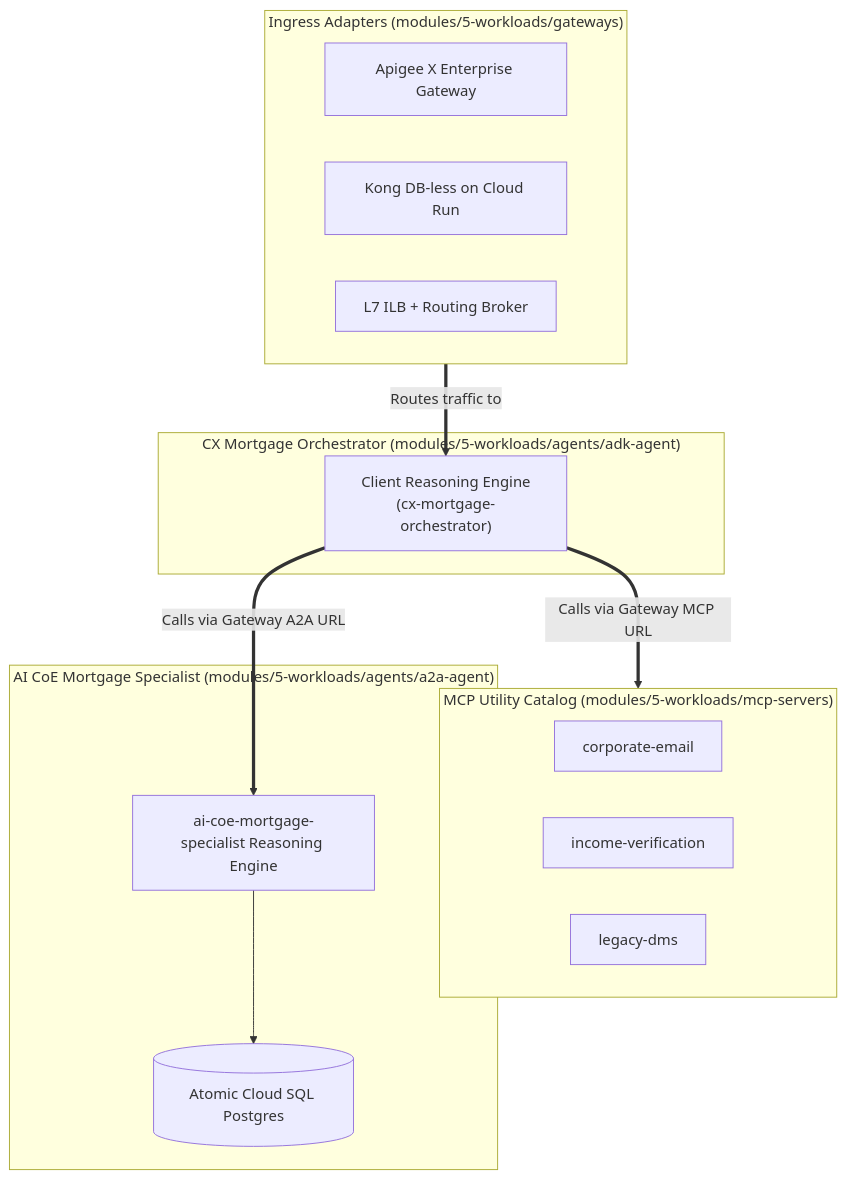
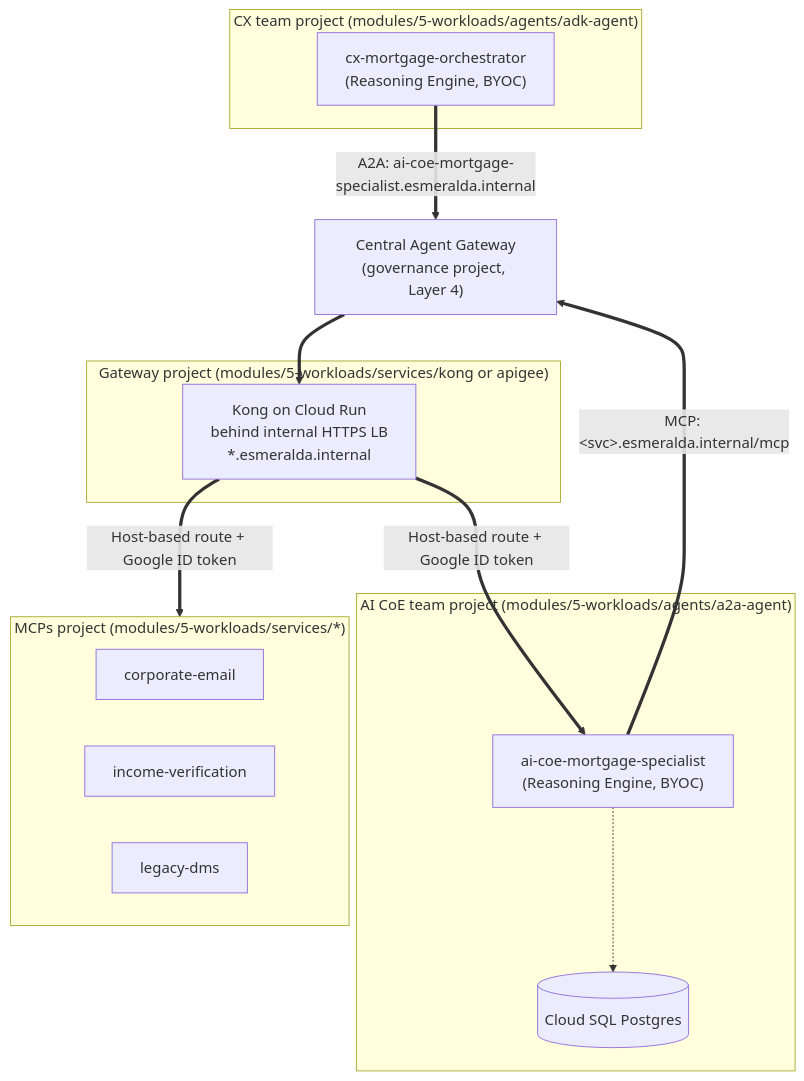
One commit to google/esmeralda changed the diagram in docs/2-workloads-and-catalog/README.md. Above: the diagram before and after it, drawn with Mermaid. The commit also changed other lines of this file and 15 other files, not shown here.

First line of the commit message:
docs: revise all docs for team-based names and current architecture

````diff
--- a/docs/2-workloads-and-catalog/README.md
+++ b/docs/2-workloads-and-catalog/README.md
@@ -37,28 +60,30 @@
 ```mermaid
 flowchart TB
-    subgraph Gateways["Ingress Adapters (modules/5-workloads/gateways)"]
-        G1["Apigee X Enterprise Gateway"]
-        G2["Kong DB-less on Cloud Run"]
-        G3["L7 ILB + Routing Broker"]
+    subgraph CX["CX team project (modules/5-workloads/agents/adk-agent)"]
+        Orch["cx-mortgage-orchestrator<br/>(Reasoning Engine, BYOC)"]
     end
 
-    subgraph Orchestrator["CX Mortgage Orchestrator (modules/5-workloads/agents/adk-agent)"]
-        Root["Client Reasoning Engine<br/>(cx-mortgage-orchestrator)"]
+    AGW["Central Agent Gateway<br/>(governance project, Layer 4)"]
+
+    subgraph Gateway["Gateway project (modules/5-workloads/services/kong or apigee)"]
+        Kong["Kong on Cloud Run<br/>behind internal HTTPS LB<br/>*.esmeralda.internal"]
     end
 
-    subgraph MCPServers["MCP Utility Catalog (modules/5-workloads/mcp-servers)"]
+    subgraph CoE["AI CoE team project (modules/5-workloads/agents/a2a-agent)"]
+        Spec["ai-coe-mortgage-specialist<br/>(Reasoning Engine, BYOC)"]
+        DB[(Cloud SQL Postgres)]
+        Spec -.-> DB
+    end
+
+    subgraph MCPServers["MCPs project (modules/5-workloads/services/*)"]
         M1["corporate-email"]
         M2["income-verification"]
         M3["legacy-dms"]
     end
 
-    subgraph Downstream["AI CoE Mortgage Specialist (modules/5-workloads/agents/a2a-agent)"]
-        A2A["ai-coe-mortgage-specialist Reasoning Engine"]
-        DB[(Atomic Cloud SQL Postgres)]
-        A2A --> DB
-    end
-
-    Gateways ==>|Routes traffic to| Root
-    Root ==>|Calls via Gateway MCP URL| MCPServers
-    Root ==>|Calls via Gateway A2A URL| A2A
+    Orch ==>|"A2A: ai-coe-mortgage-specialist.esmeralda.internal"| AGW
+    Spec ==>|"MCP: #60;svc#62;.esmeralda.internal/mcp"| AGW
+    AGW ==> Kong
+    Kong ==>|Host-based route + Google ID token| Spec
+    Kong ==>|Host-based route + Google ID token| MCPServers
 ```
````
